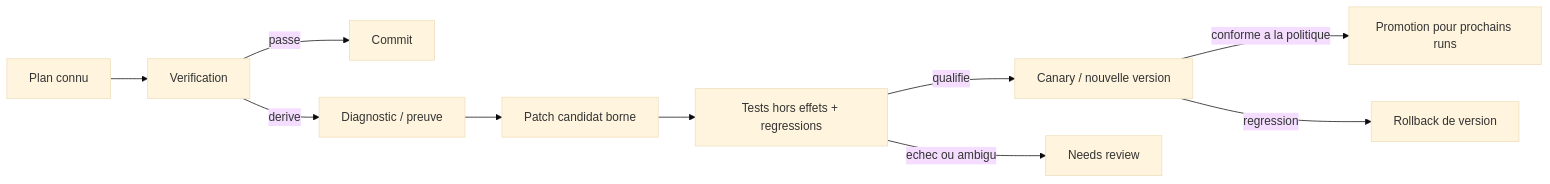
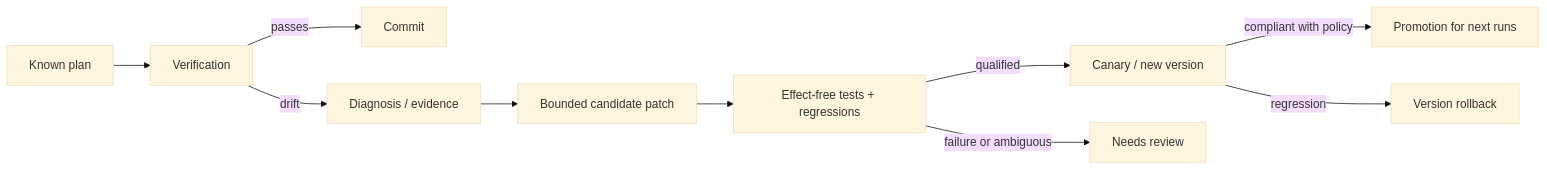
The diagram in rnd/proposals/architecture.md (goodfetch/goodfetch), drawn with Mermaid (base theme) before and after one commit. The commit also changed other lines of this file and 136 other files, not shown here.

````diff
--- a/rnd/proposals/architecture.md
+++ b/rnd/proposals/architecture.md
@@ -271,12 +271,12 @@
 ```mermaid
 flowchart LR
-    RUN[Plan connu] --> V[Verification]
-    V -->|passe| OK[Commit]
-    V -->|derive| D[Diagnostic / preuve]
-    D --> P[Patch candidat borne]
-    P --> T[Tests hors effets + regressions]
-    T -->|qualifie| C[Canary / nouvelle version]
-    C -->|conforme a la politique| PROMOTE[Promotion pour prochains runs]
-    T -->|echec ou ambigu| REVIEW[Needs review]
-    C -->|regression| ROLLBACK[Rollback de version]
+    RUN[Known plan] --> V[Verification]
+    V -->|passes| OK[Commit]
+    V -->|drift| D[Diagnosis / evidence]
+    D --> P[Bounded candidate patch]
+    P --> T[Effect-free tests + regressions]
+    T -->|qualified| C[Canary / new version]
+    C -->|compliant with policy| PROMOTE[Promotion for next runs]
+    T -->|failure or ambiguous| REVIEW[Needs review]
+    C -->|regression| ROLLBACK[Version rollback]
 ```
````
